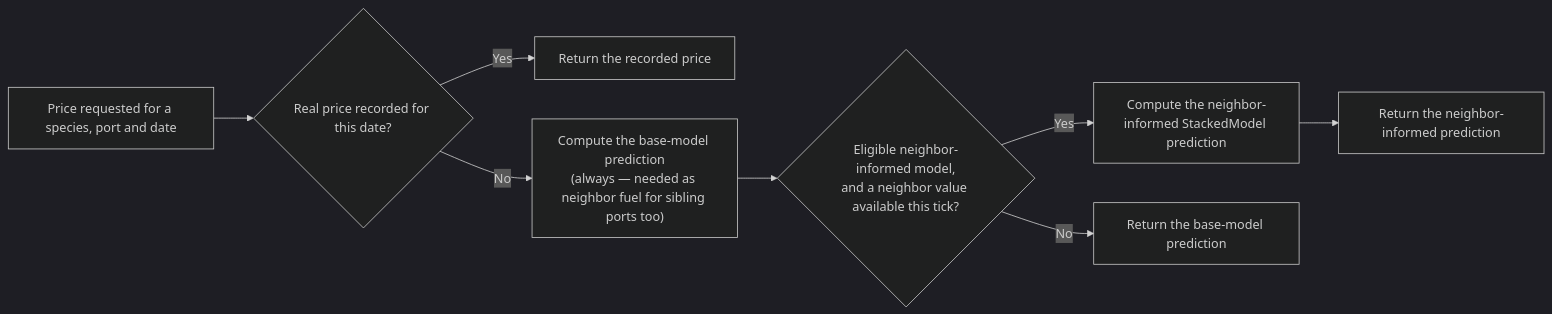
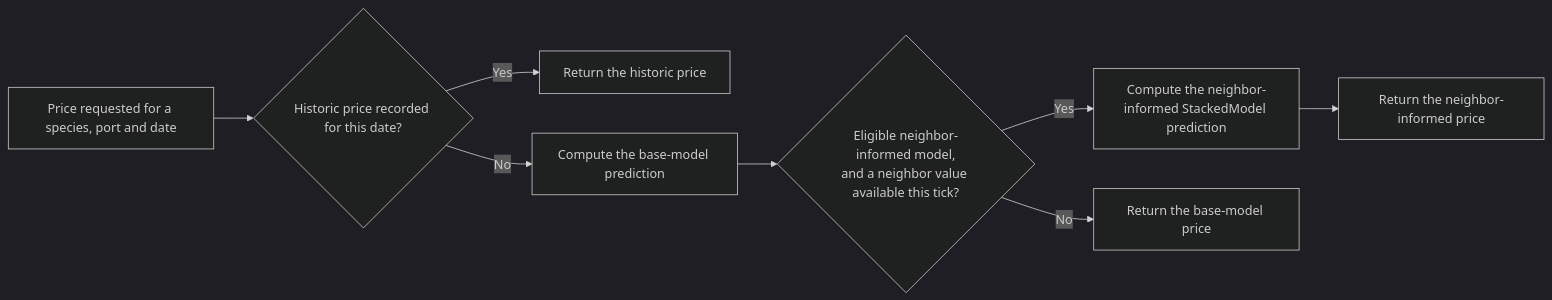
The fifth of 5 diagrams in src/models/market/ARCHITECTURE.md (SURIMI-Project/SURIMI-market), drawn with Mermaid (dark theme) before and after one commit. The commit also changed other lines of this file, not shown here.

First line of the commit message:
docs: restructure price model section, trim validation narrative

````diff
--- a/src/models/market/ARCHITECTURE.md
+++ b/src/models/market/ARCHITECTURE.md
@@ -513,10 +419,10 @@
 ```mermaid
 flowchart LR
-    A[Price requested for a species, port and date] --> B{Real price recorded for this date?}
-    B -->|Yes| C[Return the recorded price]
-    B -->|No| D["Compute the base-model prediction<br/>(always — needed as neighbor fuel for sibling ports too)"]
+    A[Price requested for a species, port and date] --> B{Historic price recorded for this date?}
+    B -->|Yes| C[Return the historic price]
+    B -->|No| D["Compute the base-model prediction<br/>"]
     D --> E{Eligible neighbor-informed model,<br/>and a neighbor value available this tick?}
     E -->|Yes| F[Compute the neighbor-informed StackedModel prediction]
-    F --> G[Return the neighbor-informed prediction]
-    E -->|No| H[Return the base-model prediction]
+    F --> G[Return the neighbor-informed price]
+    E -->|No| H[Return the base-model price]
 ```
````
